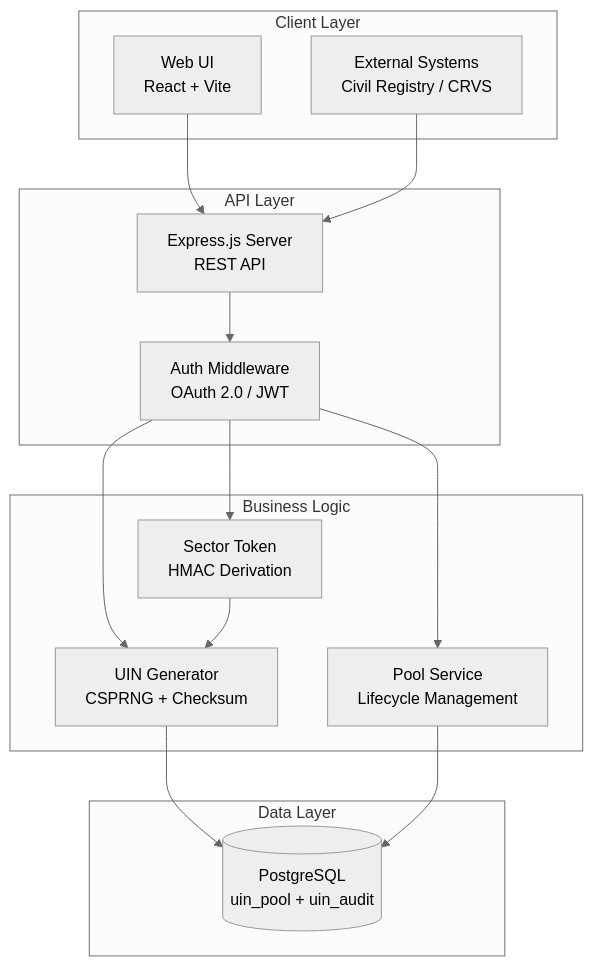
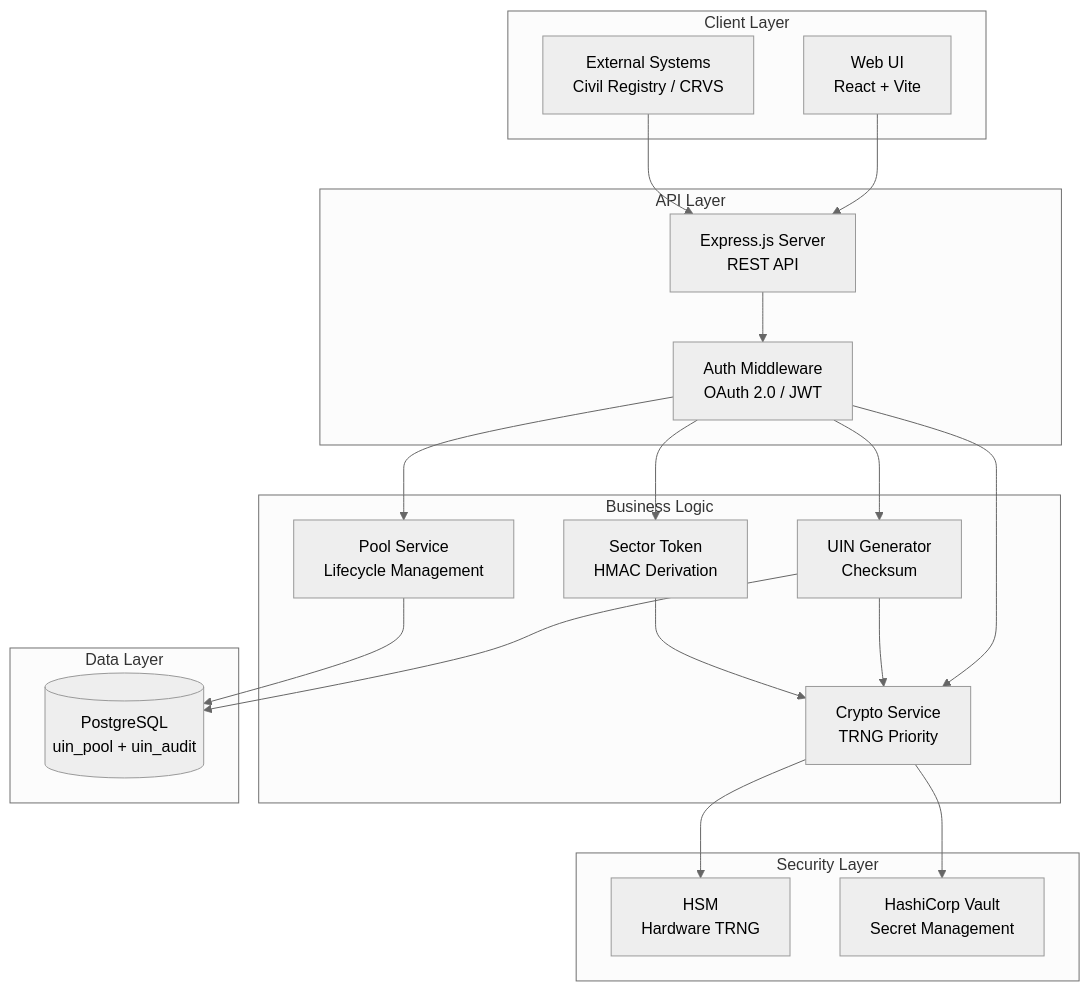
The first of 5 diagrams in README.md (tunjidurodola/osia_uin_generator), drawn with Mermaid (neutral theme) before and after one commit. The commit also changed other lines of this file and 3 other files, not shown here.

First line of the commit message:
Add HSM TRNG priority, Utimaco support, and comprehensive test plan

````diff
--- a/README.md
+++ b/README.md
@@ -60,32 +66,42 @@
 ```mermaid
 graph TB
     subgraph "Client Layer"
         WEB[Web UI<br/>React + Vite]
         EXT[External Systems<br/>Civil Registry / CRVS]
     end
 
     subgraph "API Layer"
         API[Express.js Server<br/>REST API]
         AUTH[Auth Middleware<br/>OAuth 2.0 / JWT]
     end
 
+    subgraph "Security Layer"
+        HSM[HSM<br/>Hardware TRNG]
+        VAULT[HashiCorp Vault<br/>Secret Management]
+    end
+
     subgraph "Business Logic"
-        GEN[UIN Generator<br/>CSPRNG + Checksum]
+        CRYPTO[Crypto Service<br/>TRNG Priority]
+        GEN[UIN Generator<br/>Checksum]
         POOL[Pool Service<br/>Lifecycle Management]
         SECTOR[Sector Token<br/>HMAC Derivation]
     end
 
     subgraph "Data Layer"
         DB[(PostgreSQL<br/>uin_pool + uin_audit)]
     end
 
     WEB --> API
     EXT --> API
     API --> AUTH
+    AUTH --> CRYPTO
+    CRYPTO --> HSM
+    CRYPTO --> VAULT
     AUTH --> GEN
     AUTH --> POOL
     AUTH --> SECTOR
+    GEN --> CRYPTO
     GEN --> DB
     POOL --> DB
-    SECTOR --> GEN
+    SECTOR --> CRYPTO
 ```
````
